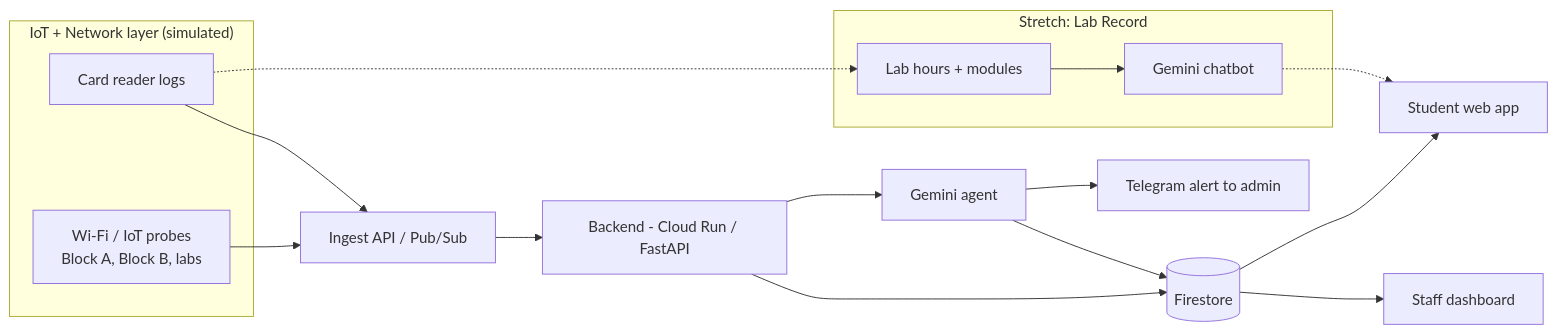
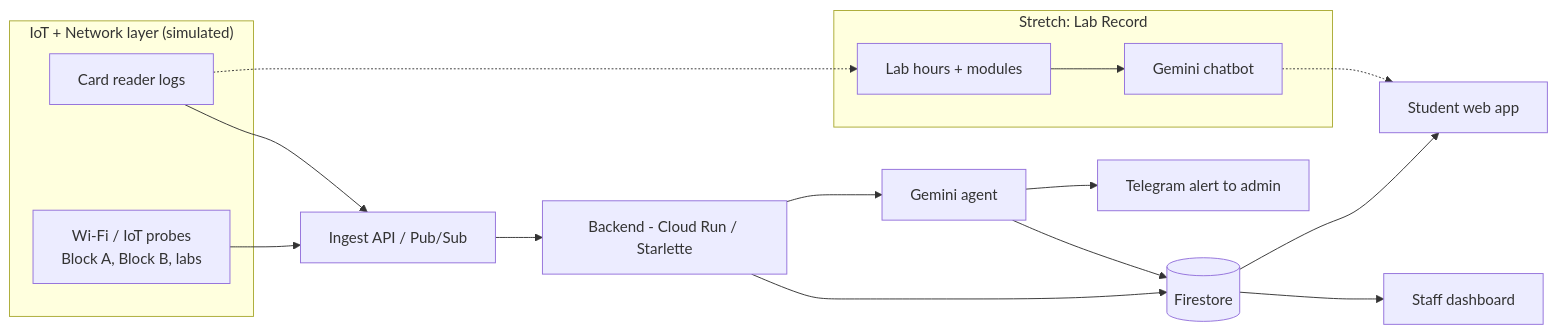
The diagram in docs/architecture.md (koguuu/apu-cloud-innovation-hackathon-2026-zer0-track-cloud), drawn with Mermaid before and after one commit. The commit also changed 28 other files, not shown here.

First line of the commit message:
Add backend: ingest API, detection, tickets, advisories, security

````diff
--- a/docs/architecture.md
+++ b/docs/architecture.md
@@ -7,21 +7,21 @@
 ```mermaid
 flowchart LR
   subgraph SIM["IoT + Network layer (simulated)"]
     P[Wi-Fi / IoT probes<br/>Block A, Block B, labs]
     C[Card reader logs]
   end
   P --> I[Ingest API / Pub/Sub]
   C --> I
-  I --> B[Backend - Cloud Run / FastAPI]
+  I --> B[Backend - Cloud Run / Starlette]
   B --> DB[(Firestore)]
   B --> G[Gemini agent]
   G --> DB
   G --> TG[Telegram alert to admin]
   DB --> S[Student web app]
   DB --> T[Staff dashboard]
   subgraph STRETCH["Stretch: Lab Record"]
     L[Lab hours + modules] --> CB[Gemini chatbot]
   end
   C -.-> L
   CB -.-> S
 ```
````
